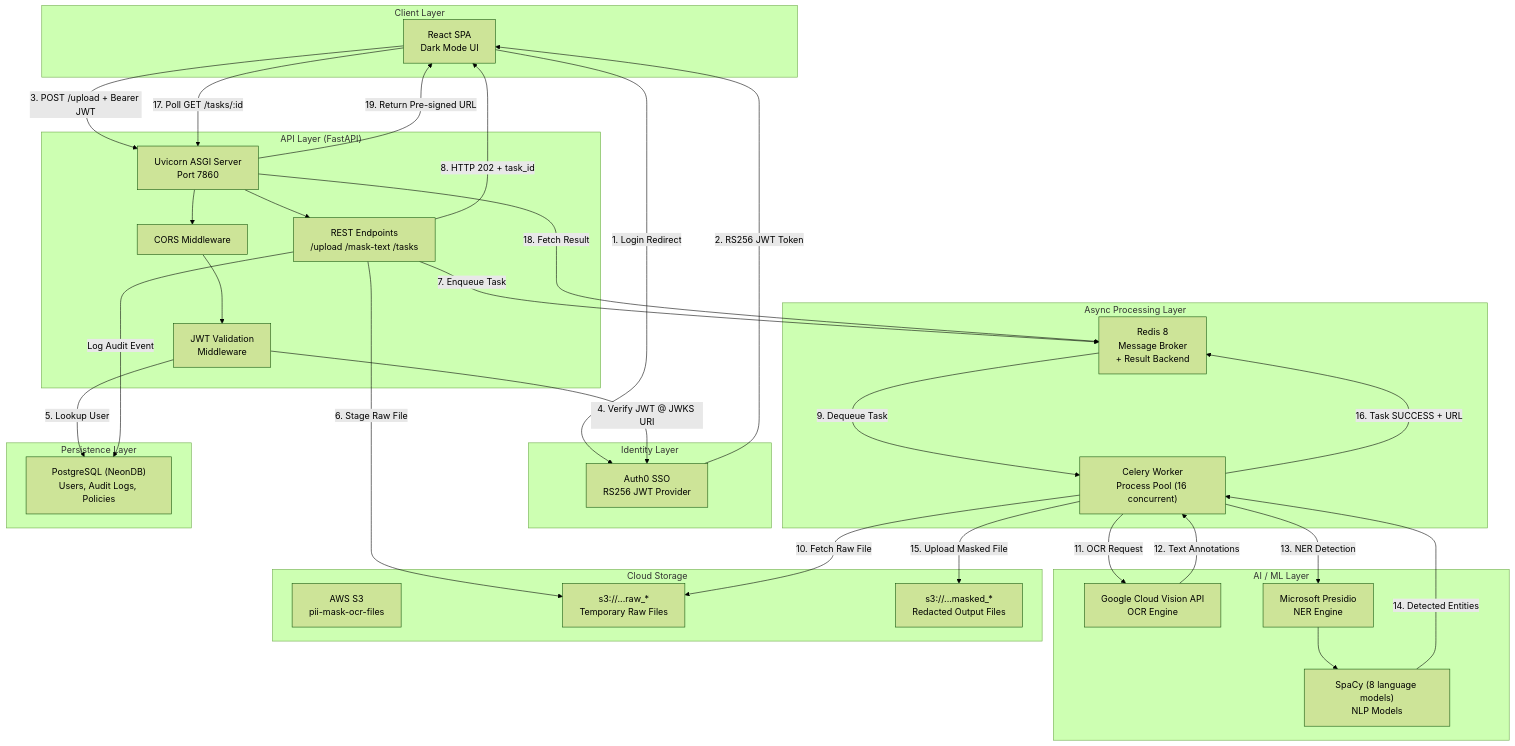
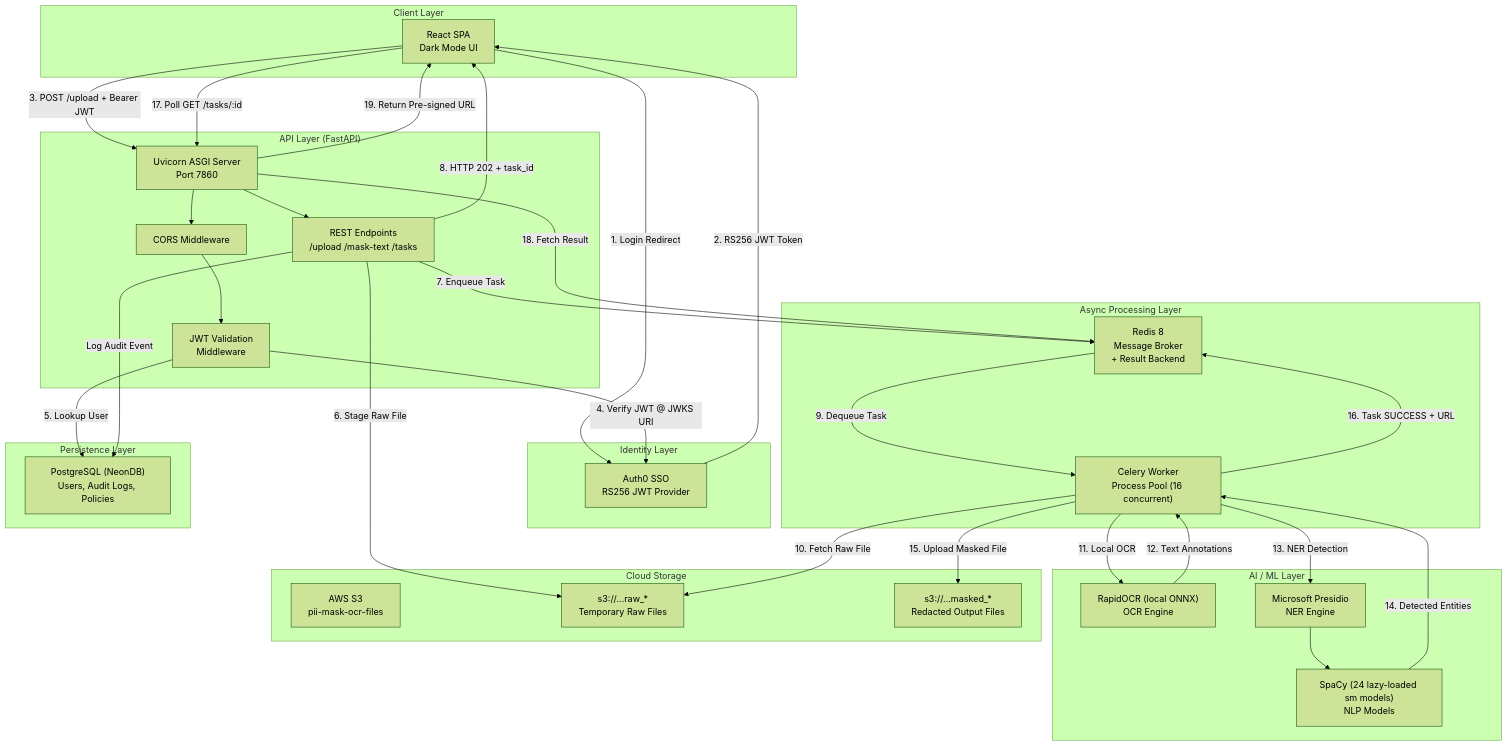
Before and after one commit to BugHunterX2101/pii-masking-app: the first of 4 diagrams in README.md, drawn with Mermaid (forest theme). The commit also changed other lines of this file and 29 other files, not shown here.

````diff
--- a/README.md
+++ b/README.md
@@ -122,62 +125,62 @@
 ```mermaid
 flowchart TD
 subgraph CLIENT [" Client Layer"]
 Browser["React SPA\nDark Mode UI"]
 end
 
 subgraph AUTH [" Identity Layer"]
 Auth0["Auth0 SSO\nRS256 JWT Provider"]
 end
 
 subgraph API [" API Layer (FastAPI)"]
 Uvicorn["Uvicorn ASGI Server\nPort 7860"]
 CORS["CORS Middleware"]
 AuthMiddleware["JWT Validation\nMiddleware"]
 Endpoints["REST Endpoints\n/upload /mask-text /tasks"]
 end
 
 subgraph ASYNC [" Async Processing Layer"]
 Redis["Redis 8\nMessage Broker\n+ Result Backend"]
 Worker["Celery Worker\nProcess Pool (16 concurrent)"]
 end
 
 subgraph AI [" AI / ML Layer"]
-GCPVision["Google Cloud Vision API\nOCR Engine"]
+RapidOCR["RapidOCR (local ONNX)\nOCR Engine"]
 Presidio["Microsoft Presidio\nNER Engine"]
-Spacy["SpaCy (8 language models)\nNLP Models"]
+Spacy["SpaCy (24 lazy-loaded sm models)\nNLP Models"]
 end
 
 subgraph STORAGE [" Cloud Storage"]
 S3["AWS S3\npii-mask-ocr-files"]
 RawPrefix["s3://...raw_*\nTemporary Raw Files"]
 MaskedPrefix["s3://...masked_*\nRedacted Output Files"]
 end
 
 subgraph DB [" Persistence Layer"]
 Postgres["PostgreSQL (NeonDB)\nUsers, Audit Logs, Policies"]
 end
 
 Browser -- "1. Login Redirect" --> Auth0
 Auth0 -- "2. RS256 JWT Token" --> Browser
 Browser -- "3. POST /upload + Bearer JWT" --> Uvicorn
 Uvicorn --> CORS --> AuthMiddleware
 AuthMiddleware -- "4. Verify JWT @ JWKS URI" --> Auth0
 AuthMiddleware -- "5. Lookup User" --> Postgres
 Uvicorn --> Endpoints
 Endpoints -- "6. Stage Raw File" --> RawPrefix
 Endpoints -- "7. Enqueue Task" --> Redis
 Endpoints -- "8. HTTP 202 + task_id" --> Browser
 Redis -- "9. Dequeue Task" --> Worker
 Worker -- "10. Fetch Raw File" --> RawPrefix
-Worker -- "11. OCR Request" --> GCPVision
-GCPVision -- "12. Text Annotations" --> Worker
+Worker -- "11. Local OCR" --> RapidOCR
+RapidOCR -- "12. Text Annotations" --> Worker
 Worker -- "13. NER Detection" --> Presidio
 Presidio --> Spacy
 Spacy -- "14. Detected Entities" --> Worker
 Worker -- "15. Upload Masked File" --> MaskedPrefix
 Worker -- "16. Task SUCCESS + URL" --> Redis
 Browser -- "17. Poll GET /tasks/:id" --> Uvicorn
 Uvicorn -- "18. Fetch Result" --> Redis
 Uvicorn -- "19. Return Pre-signed URL" --> Browser
 Endpoints -- "Log Audit Event" --> Postgres
 ```
````
